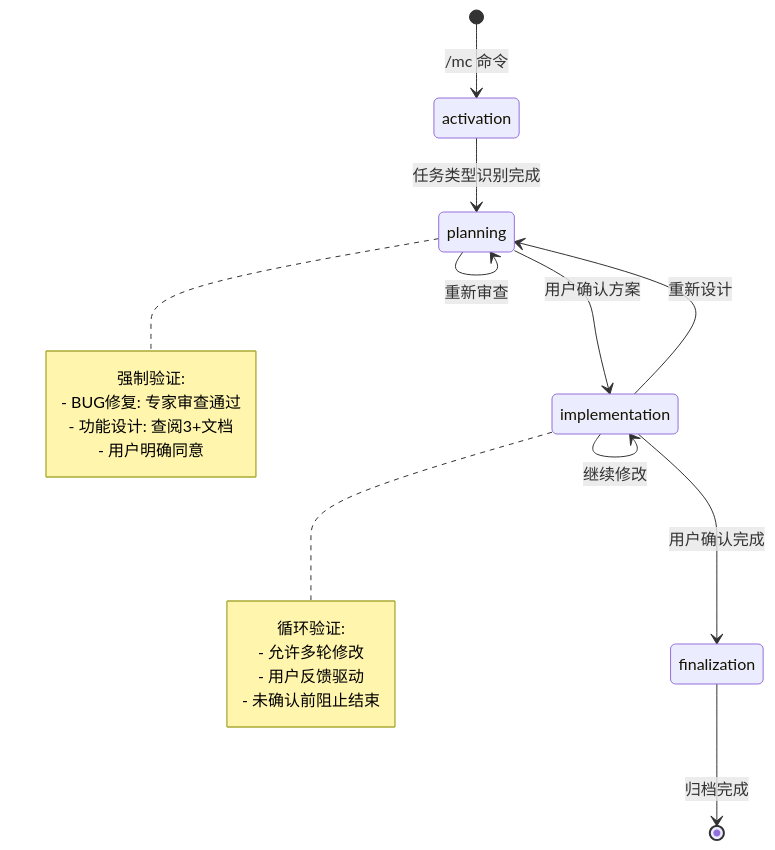
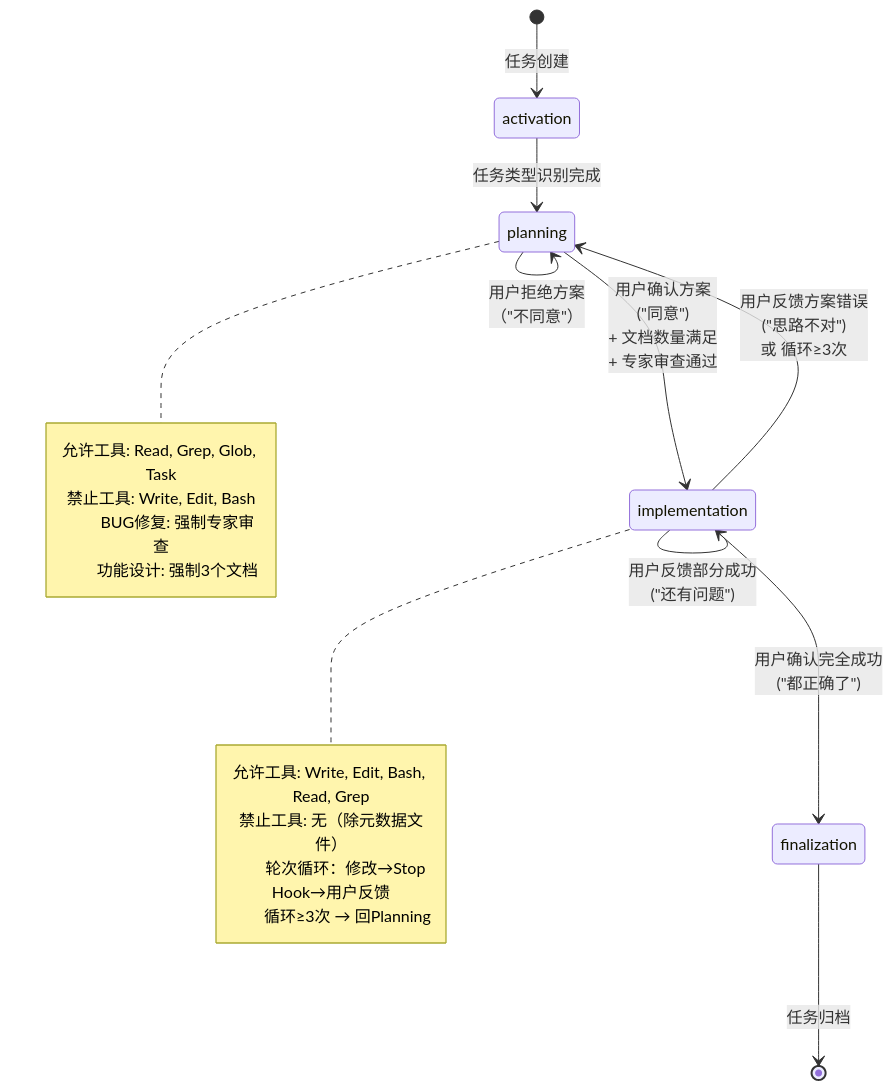
Before and after one commit to jju666/NeteaseMod-Claude: the fourth of 4 diagrams in docs/developer/Hook状态机功能实现.md, drawn with Mermaid. The commit also changed other lines of this file and 110 other files, not shown here.

````diff
--- a/docs/developer/Hook状态机功能实现.md
+++ b/docs/developer/Hook状态机功能实现.md
@@ -269,28 +359,31 @@
 ```mermaid
 stateDiagram-v2
-    [*] --> activation: /mc 命令
+    [*] --> activation: 任务创建
+
     activation --> planning: 任务类型识别完成
 
-    planning --> planning: 重新审查
-    planning --> implementation: 用户确认方案
+    planning --> planning: 用户拒绝方案<br/>（"不同意"）
+    planning --> implementation: 用户确认方案<br/>("同意")<br/>+ 文档数量满足<br/>+ 专家审查通过
 
-    implementation --> implementation: 继续修改
-    implementation --> planning: 重新设计
-    implementation --> finalization: 用户确认完成
+    implementation --> implementation: 用户反馈部分成功<br/>("还有问题")
+    implementation --> planning: 用户反馈方案错误<br/>("思路不对")<br/>或 循环≥3次
+    implementation --> finalization: 用户确认完全成功<br/>("都正确了")
 
-    finalization --> [*]: 归档完成
+    finalization --> [*]: 任务归档
 
     note right of planning
-        强制验证:
-        - BUG修复: 专家审查通过
-        - 功能设计: 查阅3+文档
-        - 用户明确同意
+        允许工具: Read, Grep, Glob, Task
+        禁止工具: Write, Edit, Bash
+
+        BUG修复: 强制专家审查
+        功能设计: 强制3个文档
     end note
 
     note right of implementation
-        循环验证:
-        - 允许多轮修改
-        - 用户反馈驱动
-        - 未确认前阻止结束
+        允许工具: Write, Edit, Bash, Read, Grep
+        禁止工具: 无（除元数据文件）
+
+        轮次循环：修改→Stop Hook→用户反馈
+        循环≥3次 → 回Planning
     end note
 ```
````
